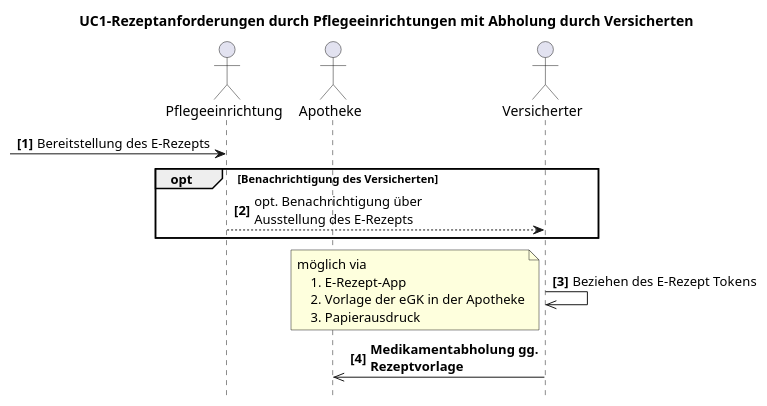
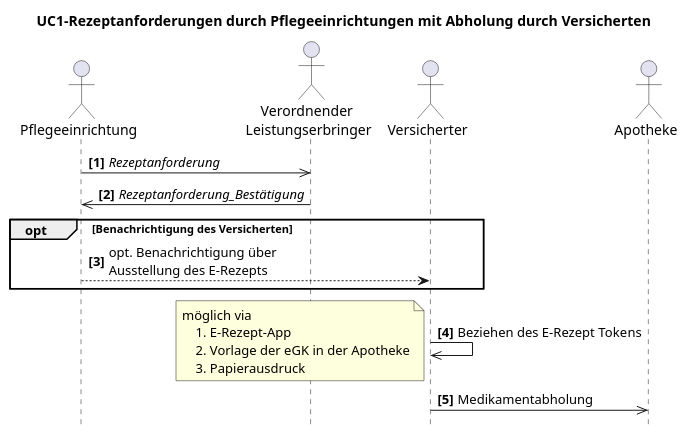
Before and after one commit to gematik/spec-E-Rezept-ServiceRequest: the diagram in Resources/puml/gemF_eRp_KIM/UC1.3-rezeptanforderung-pflege-versicherteninvolvierung.puml, drawn with PlantUML. The commit also changed 11 other files, not shown here.

```diff
--- a/Resources/puml/gemF_eRp_KIM/UC1.3-rezeptanforderung-pflege-versicherteninvolvierung.puml
+++ b/Resources/puml/gemF_eRp_KIM/UC1.3-rezeptanforderung-pflege-versicherteninvolvierung.puml
@@ -1,30 +1,32 @@
 @startuml name = "UC1-Rezeptanforderung-Versicherteninvolvierung"
 
 
 skinparam maxMessageSize 200
 
 actor "Pflegeeinrichtung" as Pflegeeinrichtung
+actor "Verordnender \nLeistungserbringer" as Arztpraxis
+actor Versicherter
 actor Apotheke
-actor Versicherter
 
 title UC1-Rezeptanforderungen durch Pflegeeinrichtungen mit Abholung durch Versicherten
 hide footbox
 autonumber "<b>[0]"
 
--> Pflegeeinrichtung: Bereitstellung des E-Rezepts
+Pflegeeinrichtung ->> Arztpraxis: //Rezeptanforderung//
+Arztpraxis ->> Pflegeeinrichtung: //Rezeptanforderung_Bestätigung//
 
 opt Benachrichtigung des Versicherten
     Pflegeeinrichtung --> Versicherter: opt. Benachrichtigung über Ausstellung des E-Rezepts
 end
 
 Versicherter ->> Versicherter: Beziehen des E-Rezept Tokens
 
 note left
     möglich via
         1. E-Rezept-App
         2. Vorlage der eGK in der Apotheke
         3. Papierausdruck
 end note
 
-Versicherter ->> Apotheke: **Medikamentabholung gg. Rezeptvorlage**
+Versicherter ->> Apotheke: Medikamentabholung
 @enduml
```
